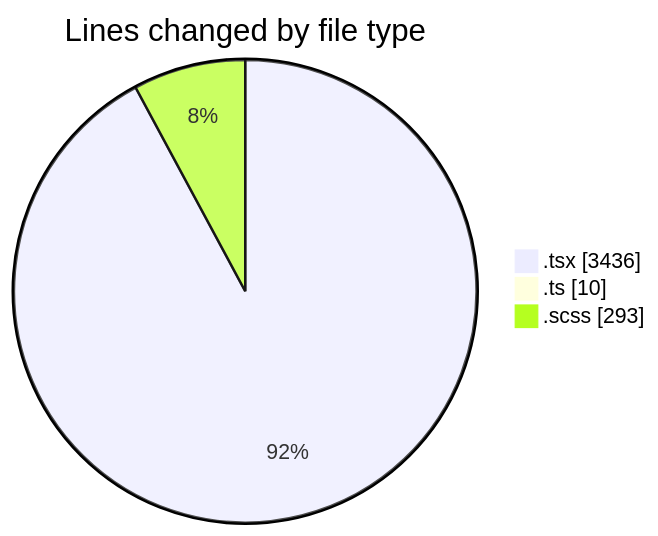
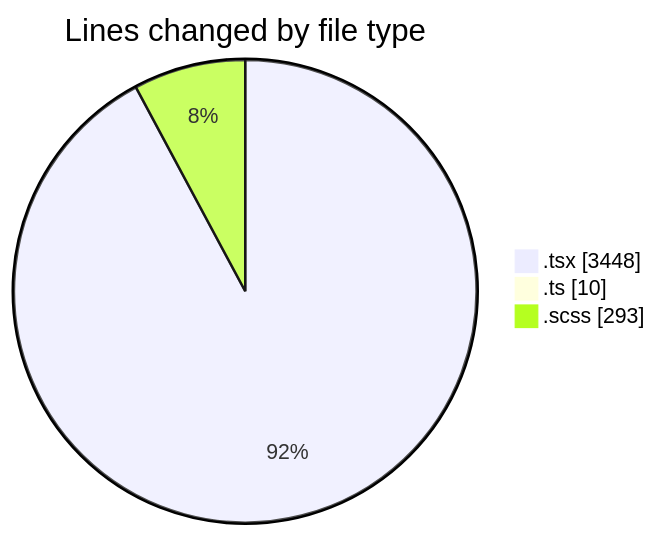
The first of 2 diagrams in 2025-11-17/cda/README.md (momahboobian/code-tracking), drawn with Mermaid before and after one commit. The commit also changed other lines of this file and 1 other file, not shown here.

````diff
--- a/2025-11-17/cda/README.md
+++ b/2025-11-17/cda/README.md
@@ -27,7 +27,7 @@
 ```mermaid
 pie showData
 title Lines changed by file type
-".tsx" : 3436
+".tsx" : 3448
 ".ts" : 10
 ".scss" : 293
 ```
````
